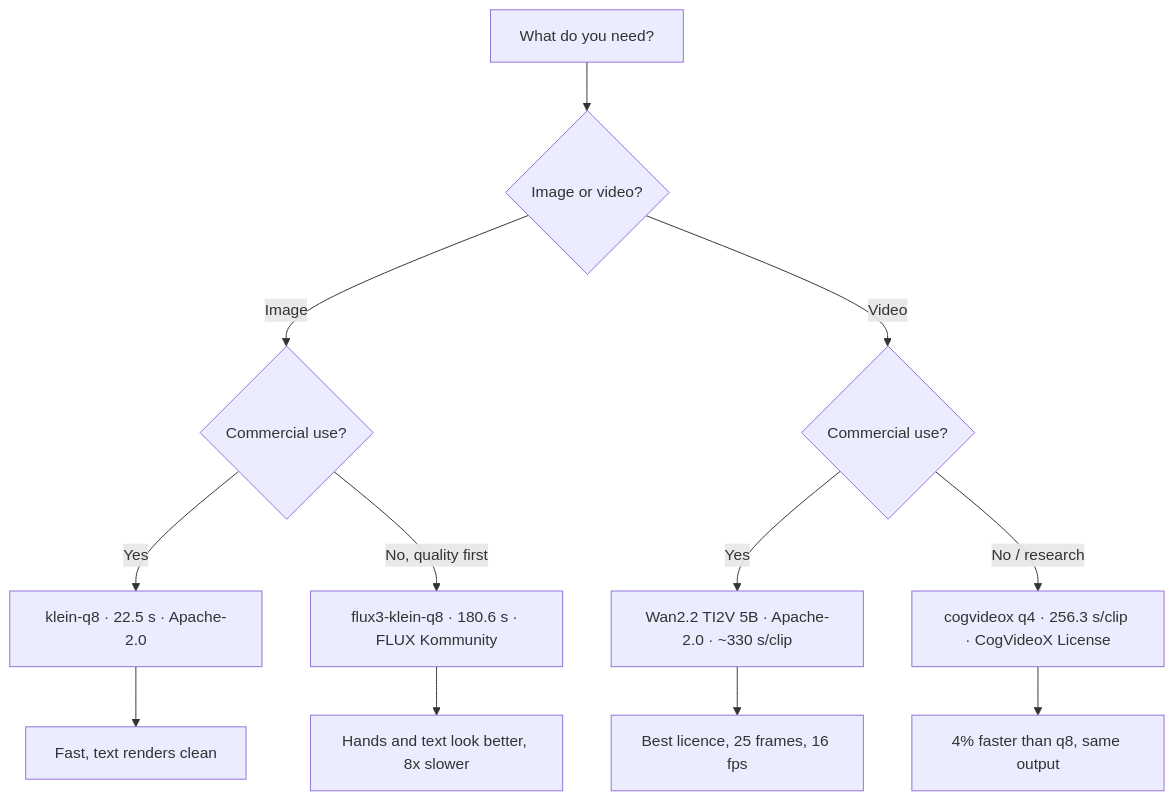
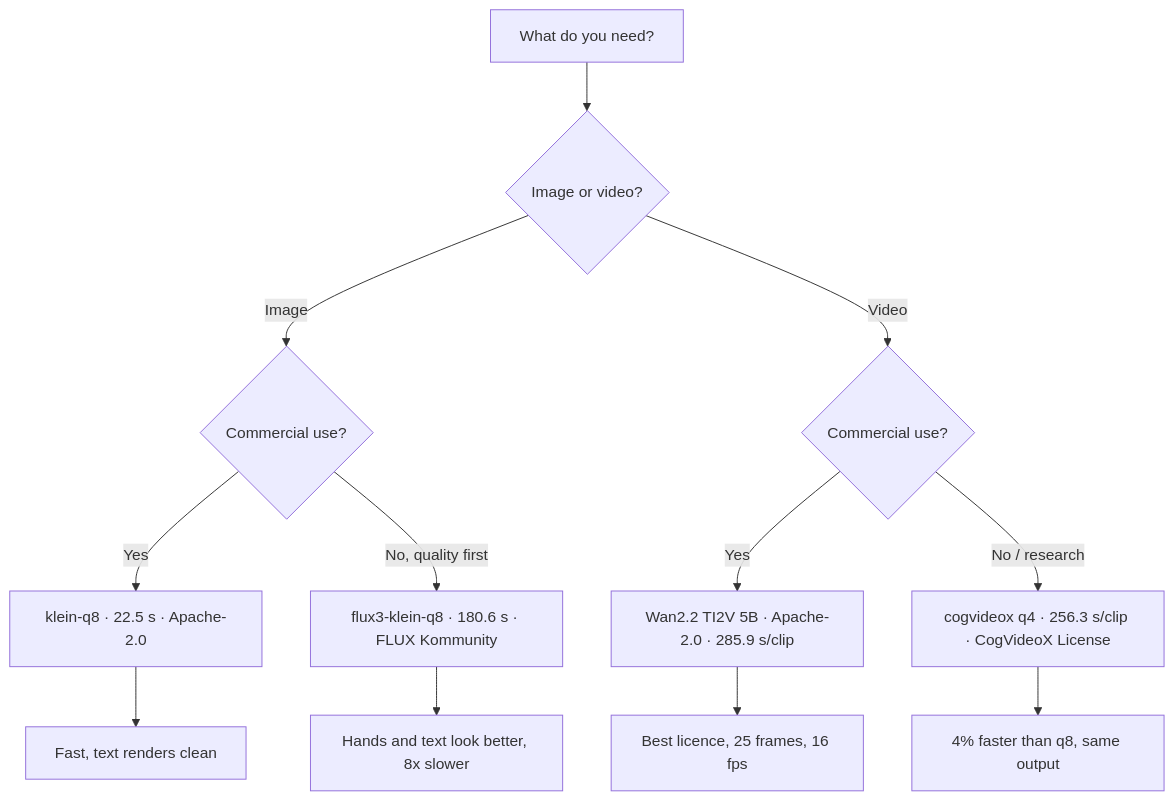
Before and after one commit to mahirfatih/local-generation-benchmark-m1-max: the first of 4 diagrams in README.md, drawn with Mermaid. The commit also changed other lines of this file and 3 other files, not shown here.

````diff
--- a/README.md
+++ b/README.md
@@ -40,14 +40,14 @@
 ```mermaid
 flowchart TD
     A[What do you need?] --> B{Image or video?}
     B -->|Image| C{Commercial use?}
     B -->|Video| D{Commercial use?}
     C -->|Yes| E[klein-q8 · 22.5 s · Apache-2.0]
     C -->|No, quality first| F[flux3-klein-q8 · 180.6 s · FLUX Kommunity]
-    D -->|Yes| G[Wan2.2 TI2V 5B · Apache-2.0 · ~330 s/clip]
+    D -->|Yes| G[Wan2.2 TI2V 5B · Apache-2.0 · 285.9 s/clip]
     D -->|No / research| H[cogvideox q4 · 256.3 s/clip · CogVideoX License]
     E --> I[Fast, text renders clean]
     F --> J[Hands and text look better, 8x slower]
     G --> K[Best licence, 25 frames, 16 fps]
     H --> L[4% faster than q8, same output]
 ```
````
